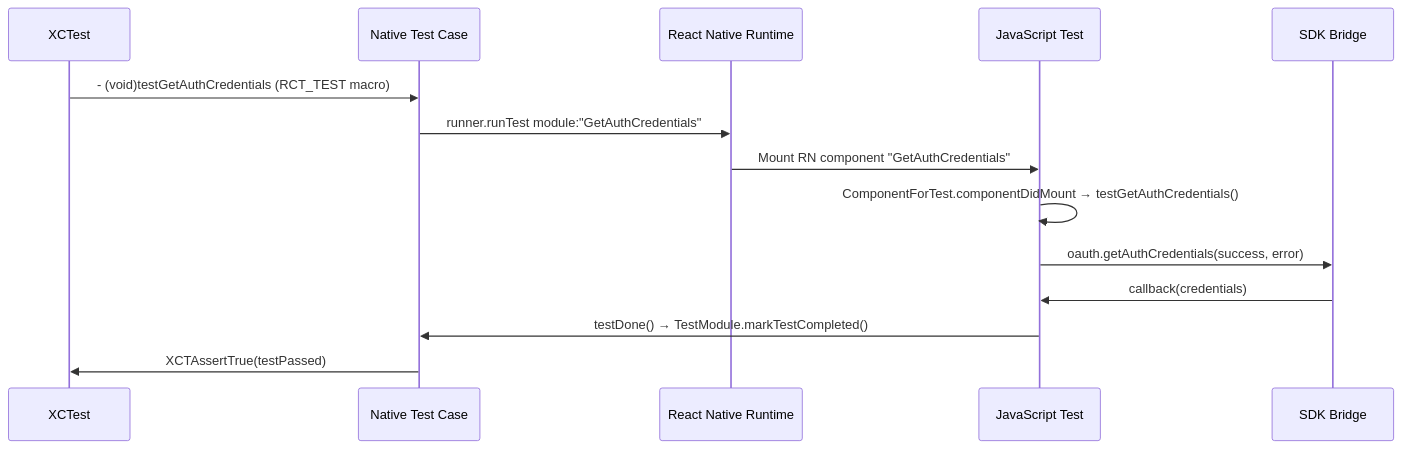
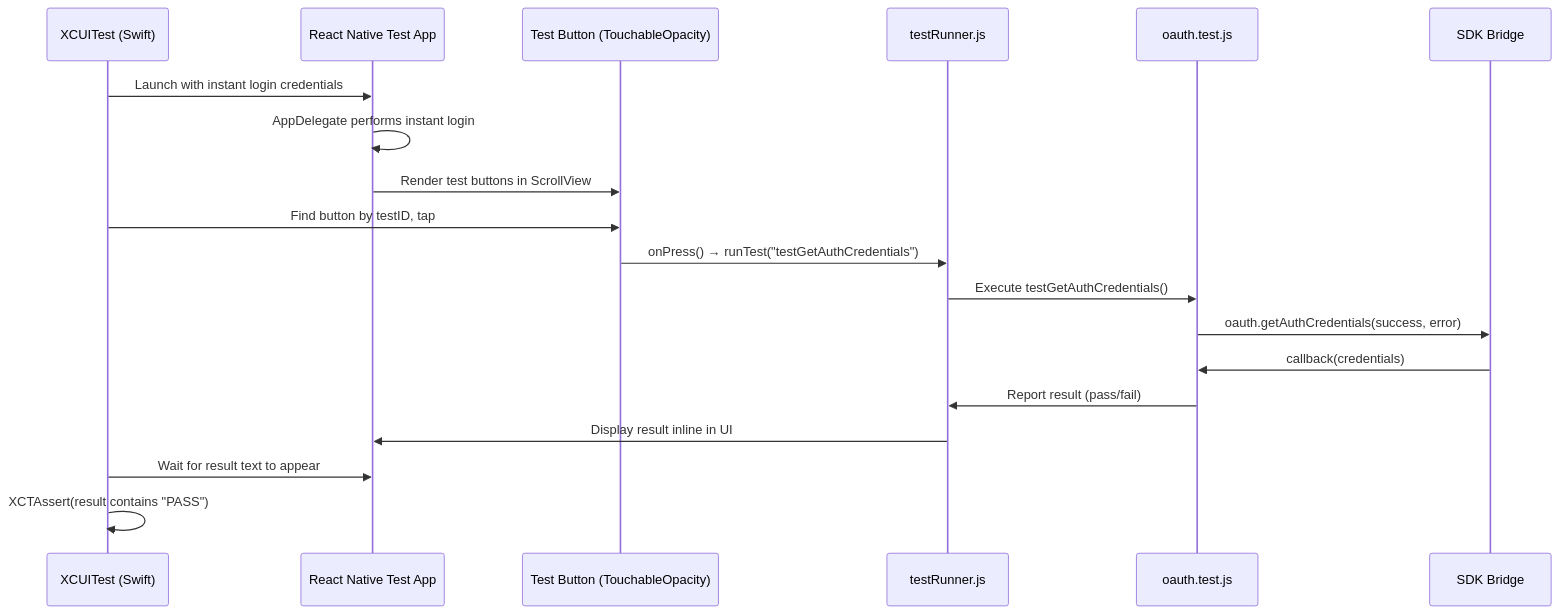
The second of 2 diagrams in docs/ios-tests/README.md (forcedotcom/SalesforceMobileSDK-ReactNative), drawn with Mermaid before and after one commit. The commit also changed other lines of this file and 2 other files, not shown here.

First line of the commit message:
Update documentation to reflect UI-driven test infrastructure

````diff
--- a/docs/ios-tests/README.md
+++ b/docs/ios-tests/README.md
@@ -216,17 +215,22 @@
 ```mermaid
 sequenceDiagram
-    participant X as XCTest
-    participant N as Native Test Case
-    participant RCT as React Native Runtime
-    participant JS as JavaScript Test
+    participant XCUITest as XCUITest (Swift)
+    participant App as React Native Test App
+    participant Button as Test Button (TouchableOpacity)
+    participant Runner as testRunner.js
+    participant Test as oauth.test.js
     participant SDK as SDK Bridge
     
-    X->>N: - (void)testGetAuthCredentials (RCT_TEST macro)
-    N->>RCT: runner.runTest module:"GetAuthCredentials"
-    RCT->>JS: Mount RN component "GetAuthCredentials"
-    JS->>JS: ComponentForTest.componentDidMount → testGetAuthCredentials()
-    JS->>SDK: oauth.getAuthCredentials(success, error)
-    SDK->>JS: callback(credentials)
-    JS->>N: testDone() → TestModule.markTestCompleted()
-    N->>X: XCTAssertTrue(testPassed)
+    XCUITest->>App: Launch with instant login credentials
+    App->>App: AppDelegate performs instant login
+    App->>Button: Render test buttons in ScrollView
+    XCUITest->>Button: Find button by testID, tap
+    Button->>Runner: onPress() → runTest("testGetAuthCredentials")
+    Runner->>Test: Execute testGetAuthCredentials()
+    Test->>SDK: oauth.getAuthCredentials(success, error)
+    SDK->>Test: callback(credentials)
+    Test->>Runner: Report result (pass/fail)
+    Runner->>App: Display result inline in UI
+    XCUITest->>App: Wait for result text to appear
+    XCUITest->>XCUITest: XCTAssert(result contains "PASS")
 ```
````
